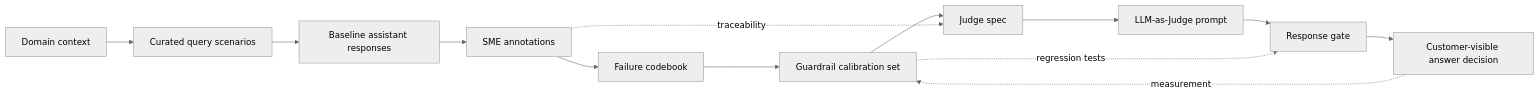
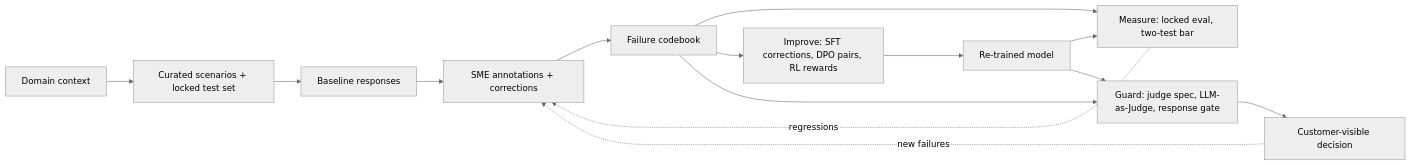
Before and after one commit to aws-samples/sample-GEDD: the first of 9 diagrams in README.md, drawn with Mermaid (neutral theme). The commit also changed other lines of this file and 2 other files, not shown here.

First line of the commit message:
Reposition GEDD as evidence -> measure, improve, guard; add DocILE proof point and round-2 SFT/DPO/RL roadmap

````diff
--- a/README.md
+++ b/README.md
@@ -33,16 +50,16 @@
 ```mermaid
 flowchart LR
-    A[Domain context] --> B[Curated query scenarios]
-    B --> C[Baseline assistant responses]
-    C --> D[SME annotations]
+    A[Domain context] --> B[Curated scenarios + locked test set]
+    B --> C[Baseline responses]
+    C --> D[SME annotations + corrections]
     D --> E[Failure codebook]
-    E --> F[Guardrail calibration set]
-    F --> G[Judge spec]
-    G --> H[LLM-as-Judge prompt]
-    H --> I[Response gate]
-    I --> J[Customer-visible answer decision]
-
-    D -. traceability .-> G
-    F -. regression tests .-> I
-    J -. measurement .-> F
+    E --> M[Measure: locked eval, two-test bar]
+    E --> T[Improve: SFT corrections, DPO pairs, RL rewards]
+    E --> G[Guard: judge spec, LLM-as-Judge, response gate]
+    T --> R[Re-trained model]
+    R --> M
+    R --> G
+    G --> P[Customer-visible decision]
+    P -. new failures .-> D
+    M -. regressions .-> D
 ```
````
